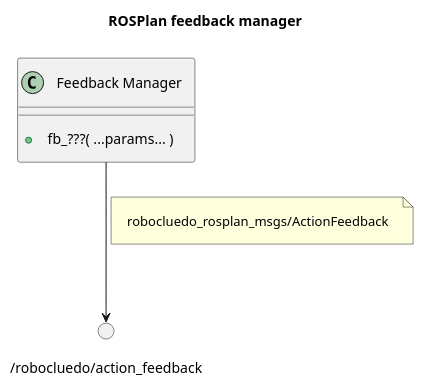
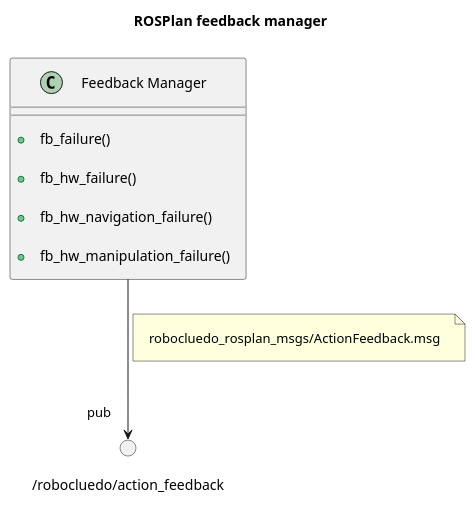
The fifth of 5 diagrams in robocluedo_rosplan/_uml/rosplan-pipeline.md (programmatoroSeduto/ExperimentalRoboticsLab-Assignment-3), drawn with PlantUML before and after one commit. The commit also changed other lines of this file and 486 other files, not shown here.

````diff
--- a/robocluedo_rosplan/_uml/rosplan-pipeline.md
+++ b/robocluedo_rosplan/_uml/rosplan-pipeline.md
@@ -121,25 +146,28 @@
 ```{uml}
 @startuml
 
 ''' INFOS
 title ROSPlan feedback manager
 skinparam Padding 10
 allow_mixing
 
 
 ''' COMPONENTS
 class "Feedback Manager" as FEEDBACK
 {
-  + fb_???( ...params... )
+  + fb_failure()
+  + fb_hw_failure()
+  + fb_hw_navigation_failure()
+  + fb_hw_manipulation_failure()
 }
 
-() "/robocluedo/action_feedback" as SRV_FEEDBACK
-FEEDBACK --> SRV_FEEDBACK
-note on link: robocluedo_rosplan_msgs/ActionFeedback
+() "/robocluedo/action_feedback" as TOPIC_FEEDBACK
+FEEDBACK --> "pub" TOPIC_FEEDBACK
+note on link: robocluedo_rosplan_msgs/ActionFeedback.msg
 
 
 ''' CONNECTIONS
 ' ...
 
 @enduml
 ```
````
